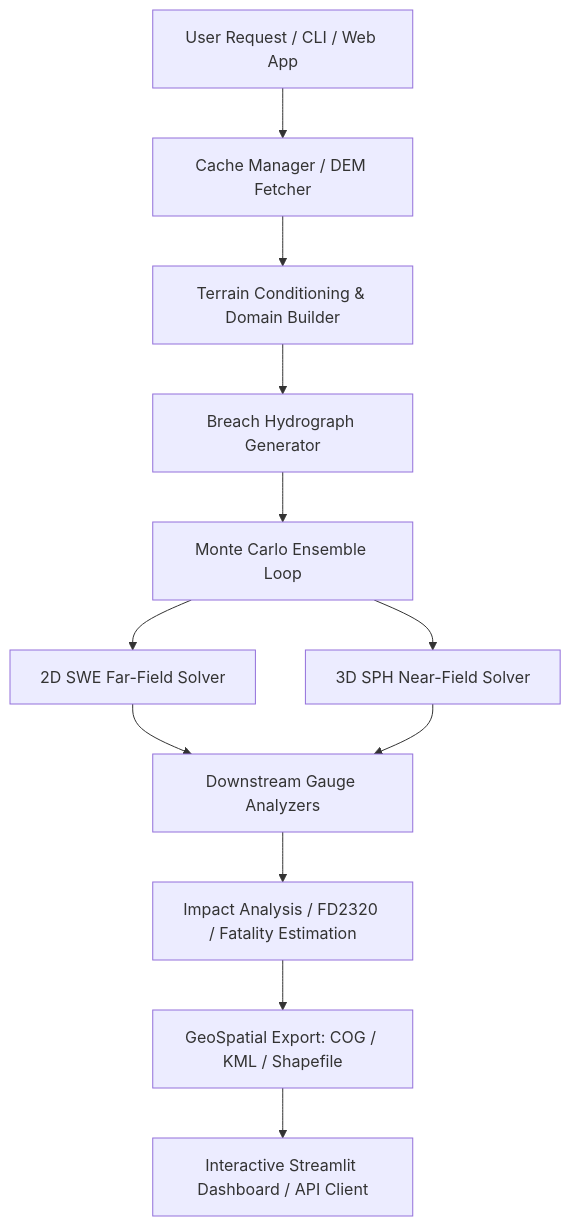
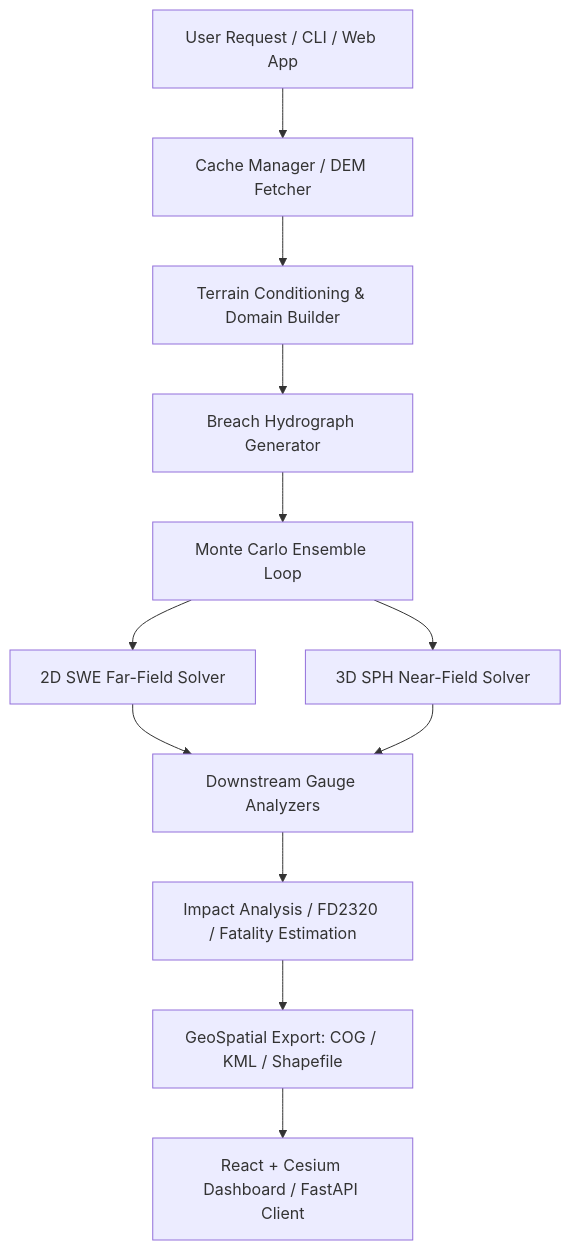
The diagram in README.md (SatyajeetChavan30/SIH-prototype), drawn with Mermaid before and after one commit. The commit also changed other lines of this file and 69 other files, not shown here.

````diff
--- a/README.md
+++ b/README.md
@@ -25,14 +25,14 @@
 ```mermaid
 graph TD
     A[User Request / CLI / Web App] --> B[Cache Manager / DEM Fetcher]
     B --> C[Terrain Conditioning & Domain Builder]
     C --> D[Breach Hydrograph Generator]
     D --> E[Monte Carlo Ensemble Loop]
     E --> F[2D SWE Far-Field Solver]
     E --> G[3D SPH Near-Field Solver]
     F --> H[Downstream Gauge Analyzers]
     G --> H
     H --> I[Impact Analysis / FD2320 / Fatality Estimation]
     I --> J[GeoSpatial Export: COG / KML / Shapefile]
-    J --> K[Interactive Streamlit Dashboard / API Client]
+    J --> K[React + Cesium Dashboard / FastAPI Client]
 ```
````
